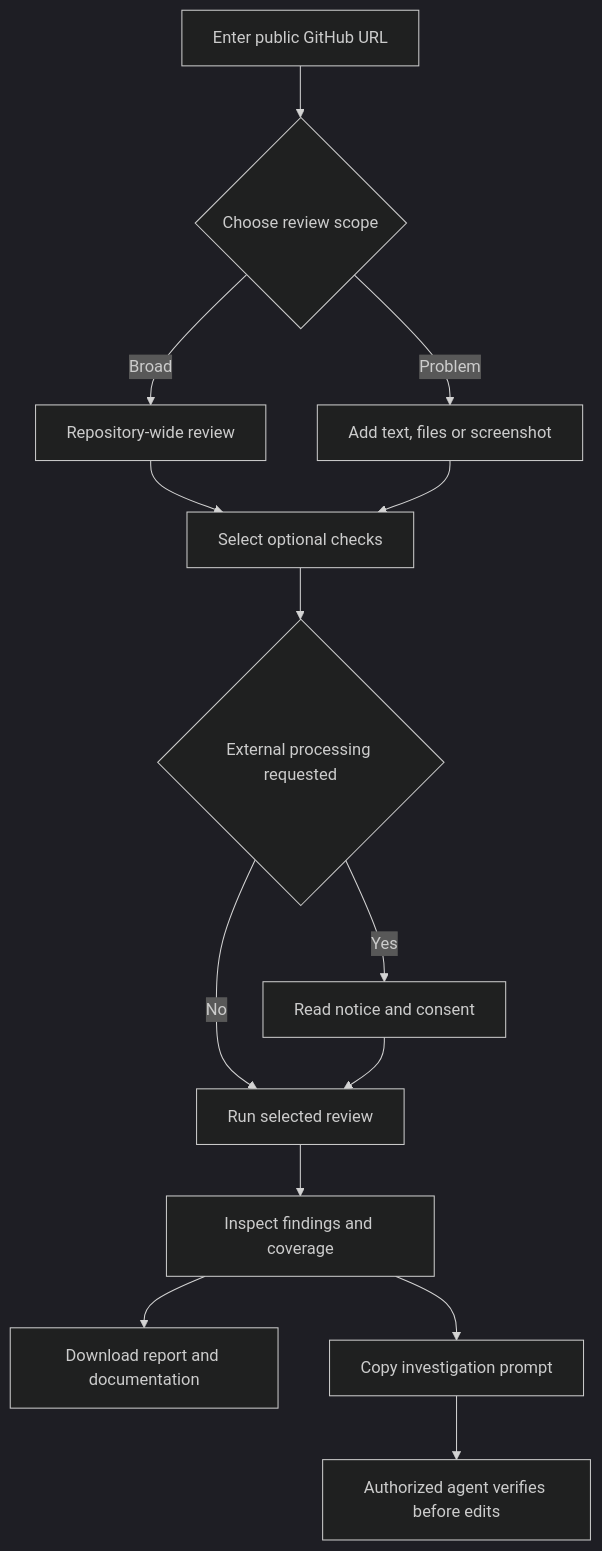
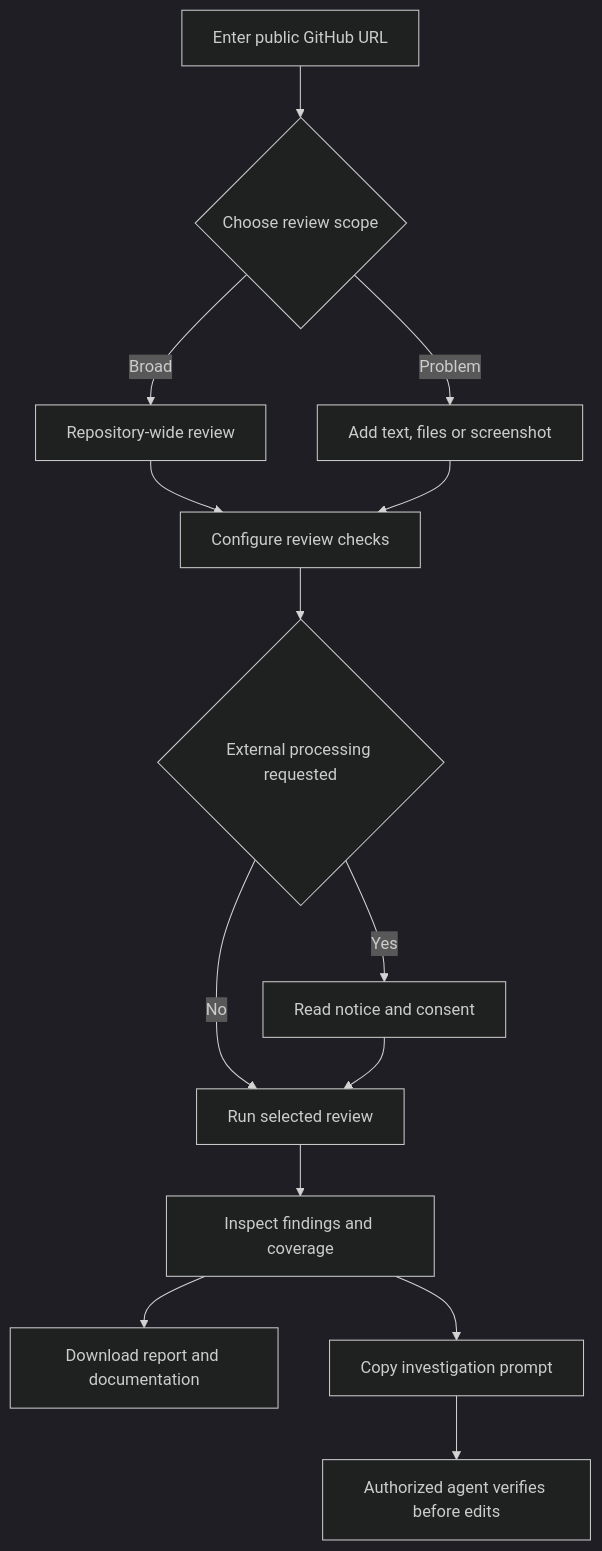
Before and after one commit to yatharthvishnoi08-max/buglens: the first of 2 diagrams in docs/FLOWCHARTS.md, drawn with Mermaid (dark theme). The commit also changed other lines of this file and 37 other files, not shown here.

````diff
--- a/docs/FLOWCHARTS.md
+++ b/docs/FLOWCHARTS.md
@@ -7,16 +7,16 @@
 ```mermaid
 flowchart TD
     startUser["Enter public GitHub URL"] --> chooseMode{"Choose review scope"}
     chooseMode -->|"Broad"| broadReview["Repository-wide review"]
     chooseMode -->|"Problem"| suppliedEvidence["Add text, files or screenshot"]
-    broadReview --> selectChecks["Select optional checks"]
+    broadReview --> selectChecks["Configure review checks"]
     suppliedEvidence --> selectChecks
     selectChecks --> consentCheck{"External processing requested"}
     consentCheck -->|"Yes"| obtainConsent["Read notice and consent"]
     consentCheck -->|"No"| runReview["Run selected review"]
     obtainConsent --> runReview
     runReview --> reviewResult["Inspect findings and coverage"]
     reviewResult --> exportFiles["Download report and documentation"]
     reviewResult --> fixPrompt["Copy investigation prompt"]
     fixPrompt --> humanReview["Authorized agent verifies before edits"]
 ```
````
